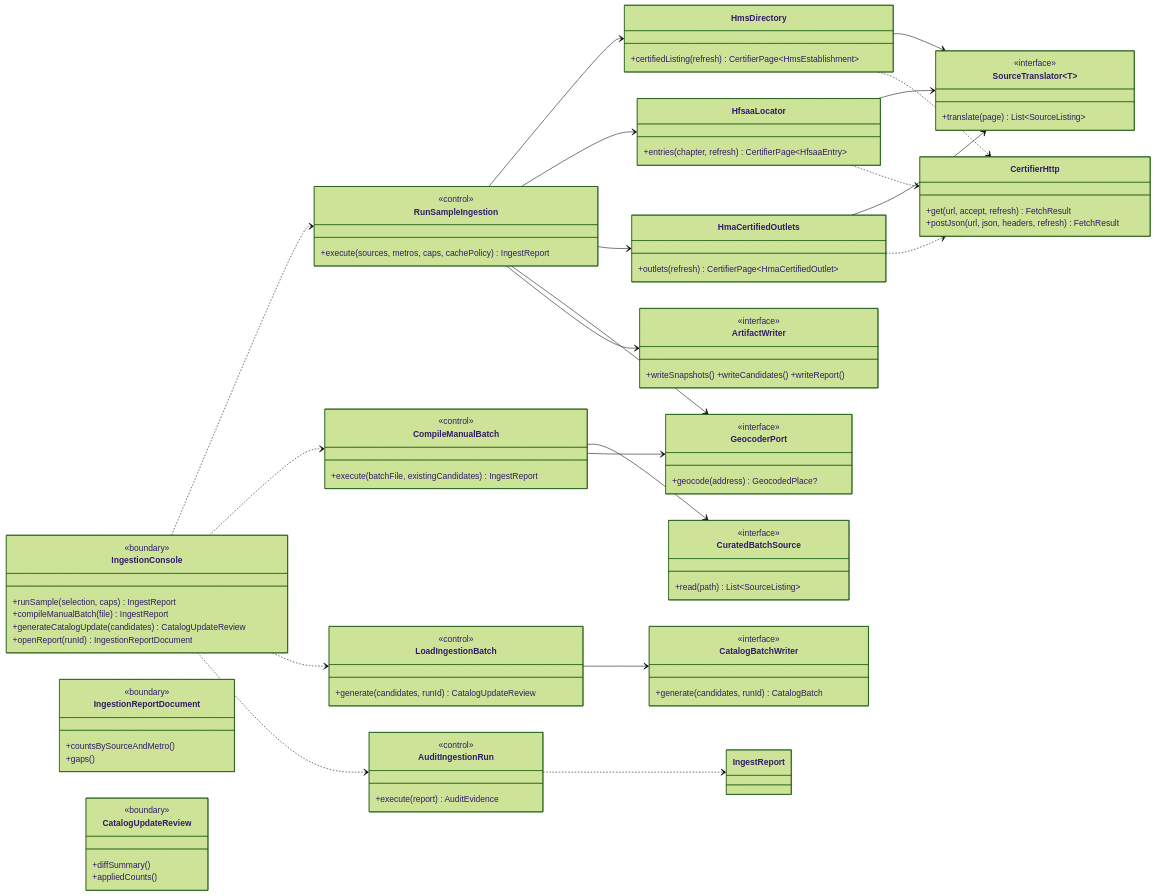
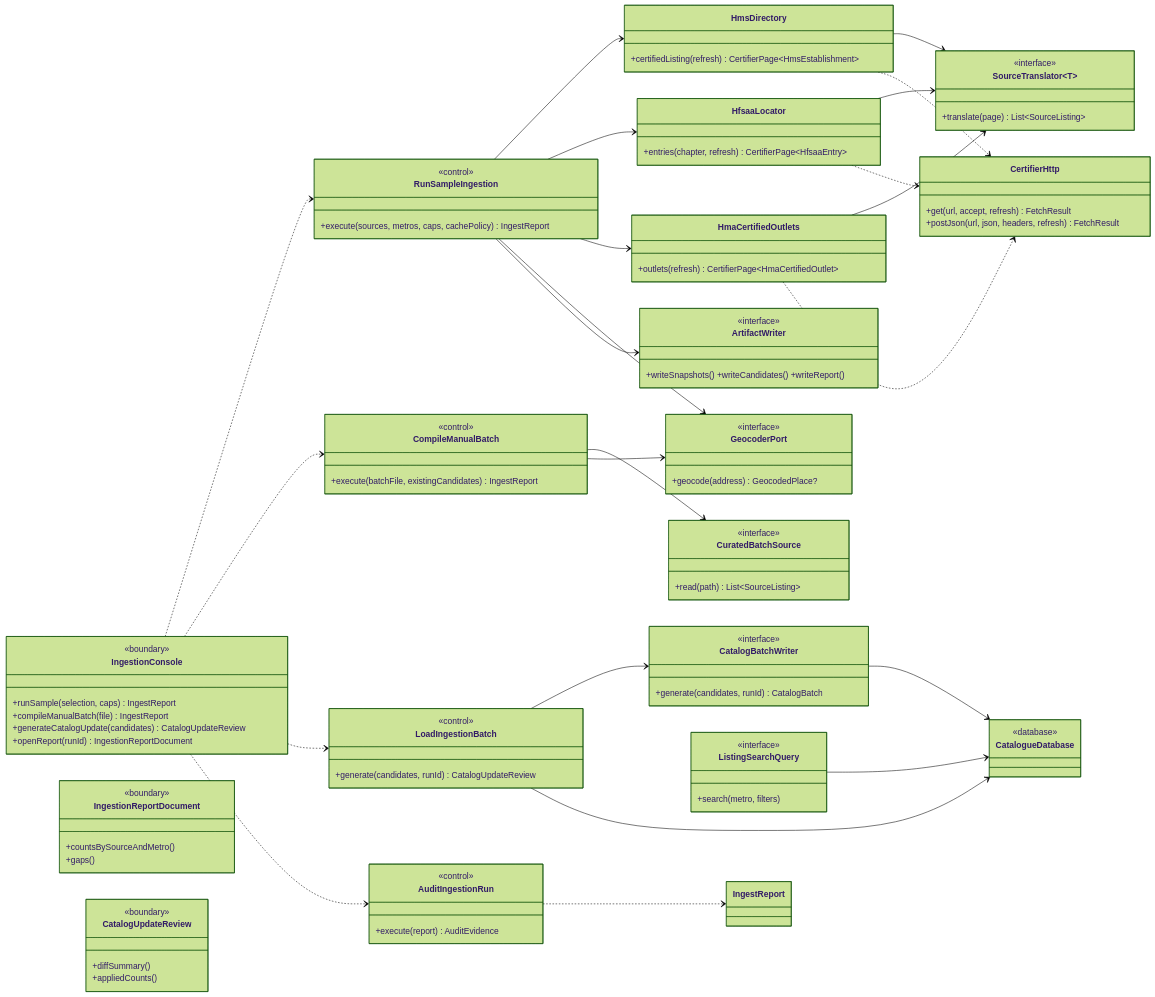
One commit to Losers-Lab/tahirs-list changed the third of 3 diagrams in docs/features/SC-211/05-class-diagram-system.md. Above: the diagram before and after it, drawn with Mermaid (forest theme). The commit also changed other lines of this file and 10 other files, not shown here.

Commit message:
[SC-211] Apply diagram actor and data-store conventions

````diff
--- a/docs/features/SC-211/05-class-diagram-system.md
+++ b/docs/features/SC-211/05-class-diagram-system.md
@@ -137,6 +138,13 @@
     <<interface>>
     +generate(candidates, runId) CatalogBatch
   }
+  class ListingSearchQuery {
+    <<interface>>
+    +search(metro, filters)
+  }
+  class CatalogueDatabase {
+    <<database>>
+  }
 
   IngestionConsole ..> RunSampleIngestion
   IngestionConsole ..> CompileManualBatch
@@ -156,5 +164,8 @@
   CompileManualBatch --> CuratedBatchSource
   CompileManualBatch --> GeocoderPort
   LoadIngestionBatch --> CatalogBatchWriter
+  LoadIngestionBatch --> CatalogueDatabase
+  CatalogBatchWriter --> CatalogueDatabase
+  ListingSearchQuery --> CatalogueDatabase
   AuditIngestionRun ..> IngestReport
 ```
````
